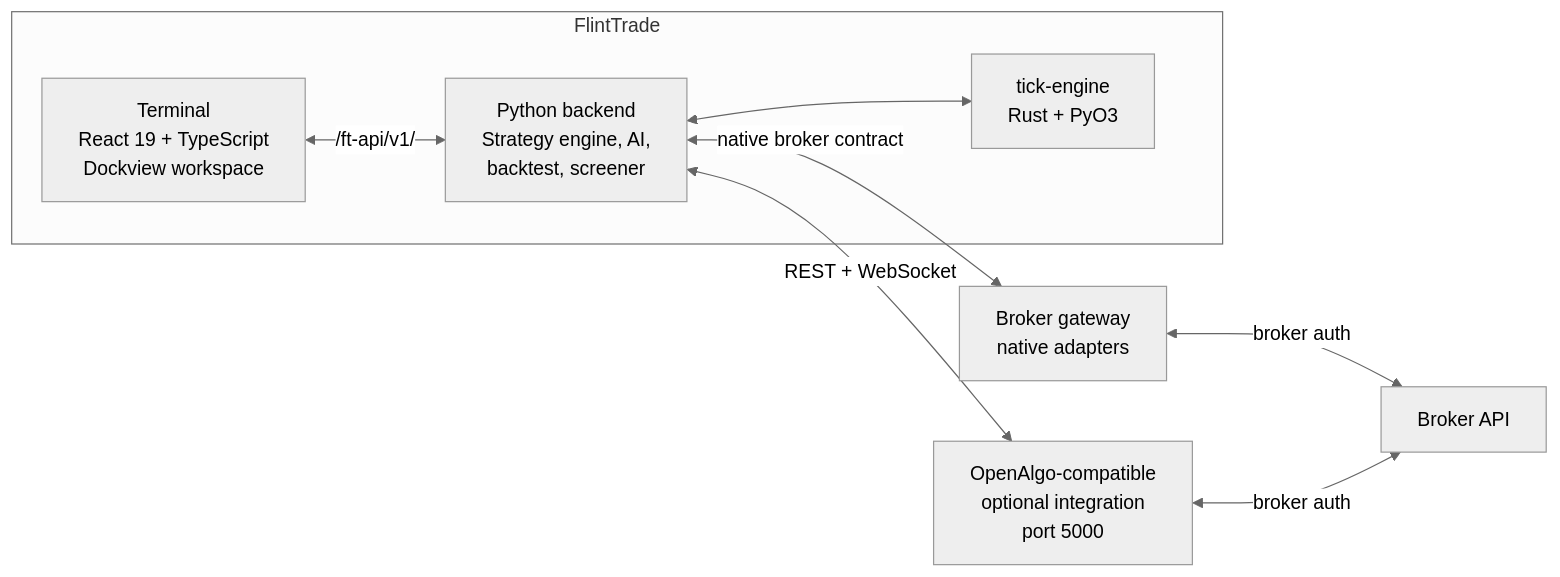
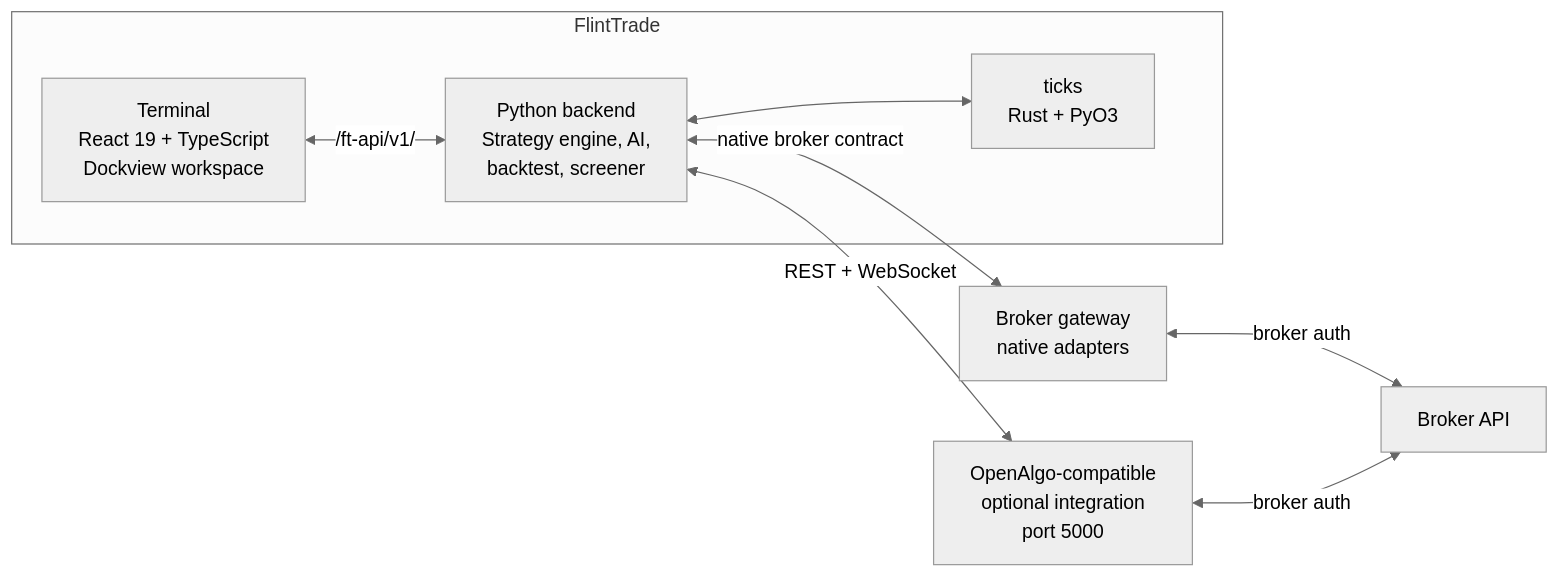
The diagram in readme.md (navaneeshnagarajan/FlintTrade), drawn with Mermaid (neutral theme) before and after one commit. The commit also changed other lines of this file and 15 other files, not shown here.

````diff
--- a/readme.md
+++ b/readme.md
@@ -69,19 +69,19 @@
 ```mermaid
 flowchart LR
     subgraph FT["FlintTrade"]
         UI["Terminal<br/>React 19 + TypeScript<br/>Dockview workspace"]
         BE["Python backend<br/>Strategy engine, AI,<br/>backtest, screener"]
-        TE["tick-engine<br/>Rust + PyO3"]
+        TE["ticks<br/>Rust + PyO3"]
         UI <-->|"/ft-api/v1/"| BE
         BE <--> TE
     end
 
     BG["Broker gateway<br/>native adapters"]
     OA["OpenAlgo-compatible<br/>optional integration<br/>port 5000"]
     BR["Broker API"]
 
     BE <-->|"native broker contract"| BG
     BE <-->|"REST + WebSocket"| OA
     BG <-->|"broker auth"| BR
     OA <-->|"broker auth"| BR
 ```
````
